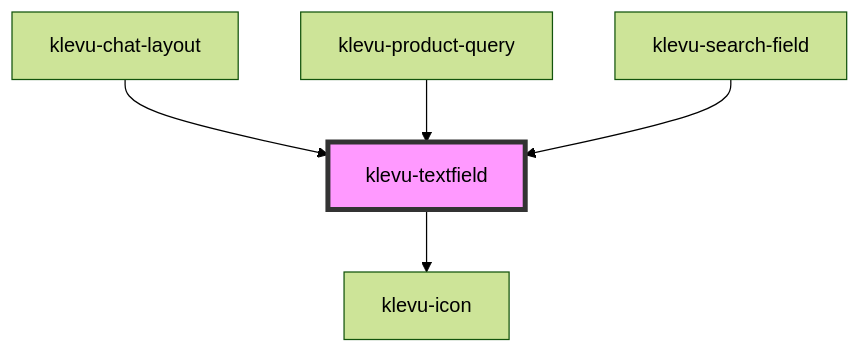
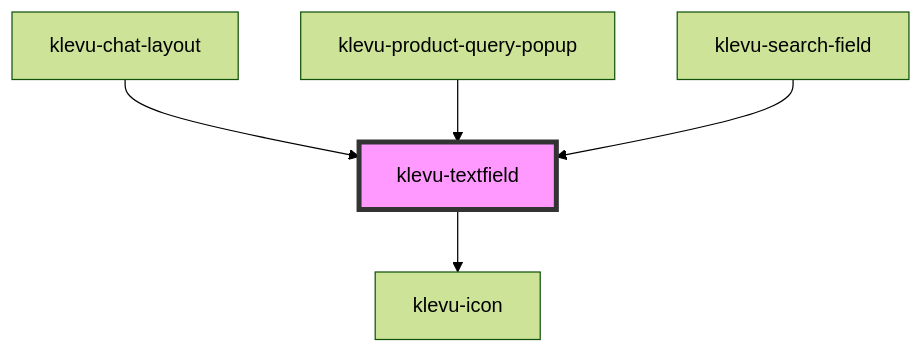
The diagram in packages/klevu-ui/src/components/klevu-textfield/readme.md (klevultd/frontend-sdk), drawn with Mermaid (forest theme) before and after one commit. The commit also changed other lines of this file and 22 other files, not shown here.

````diff
--- a/packages/klevu-ui/src/components/klevu-textfield/readme.md
+++ b/packages/klevu-ui/src/components/klevu-textfield/readme.md
@@ -45,8 +45,8 @@
 ```mermaid
 graph TD;
   klevu-textfield --> klevu-icon
   klevu-chat-layout --> klevu-textfield
-  klevu-product-query --> klevu-textfield
+  klevu-product-query-popup --> klevu-textfield
   klevu-search-field --> klevu-textfield
   style klevu-textfield fill:#f9f,stroke:#333,stroke-width:4px
 ```
````
